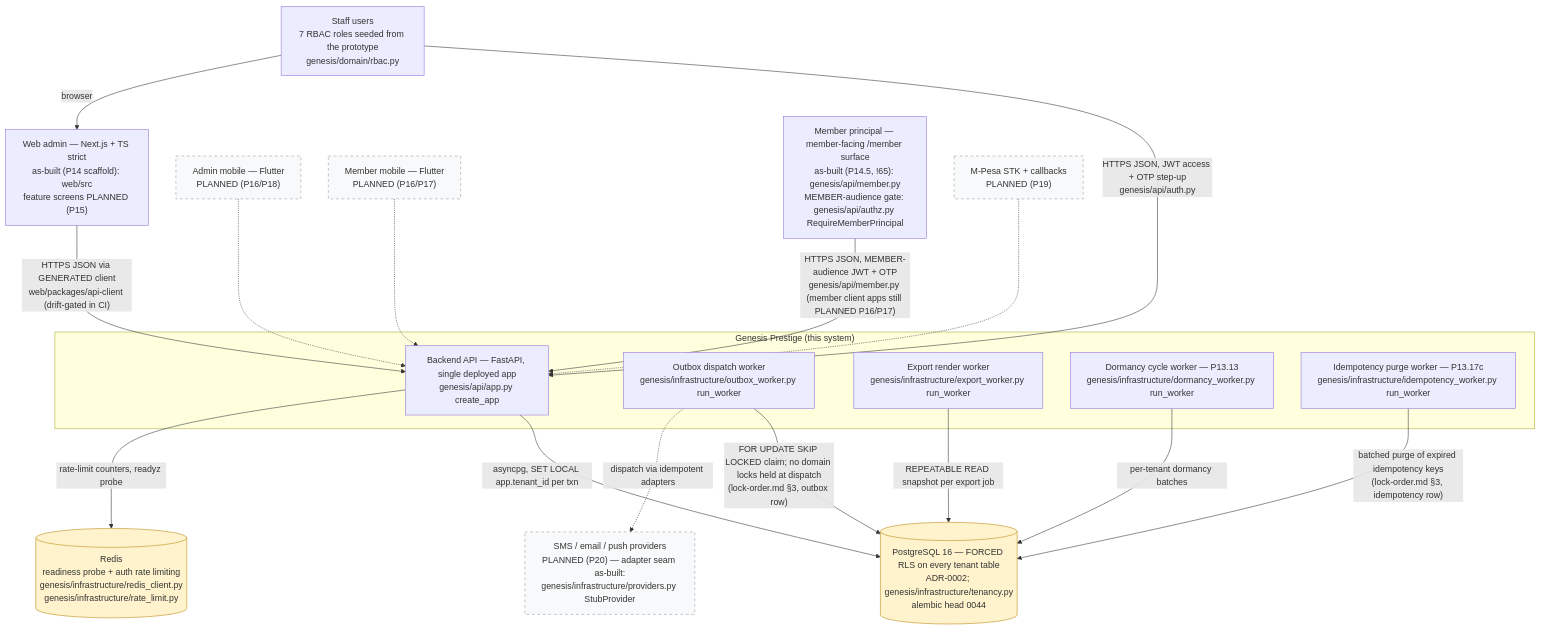
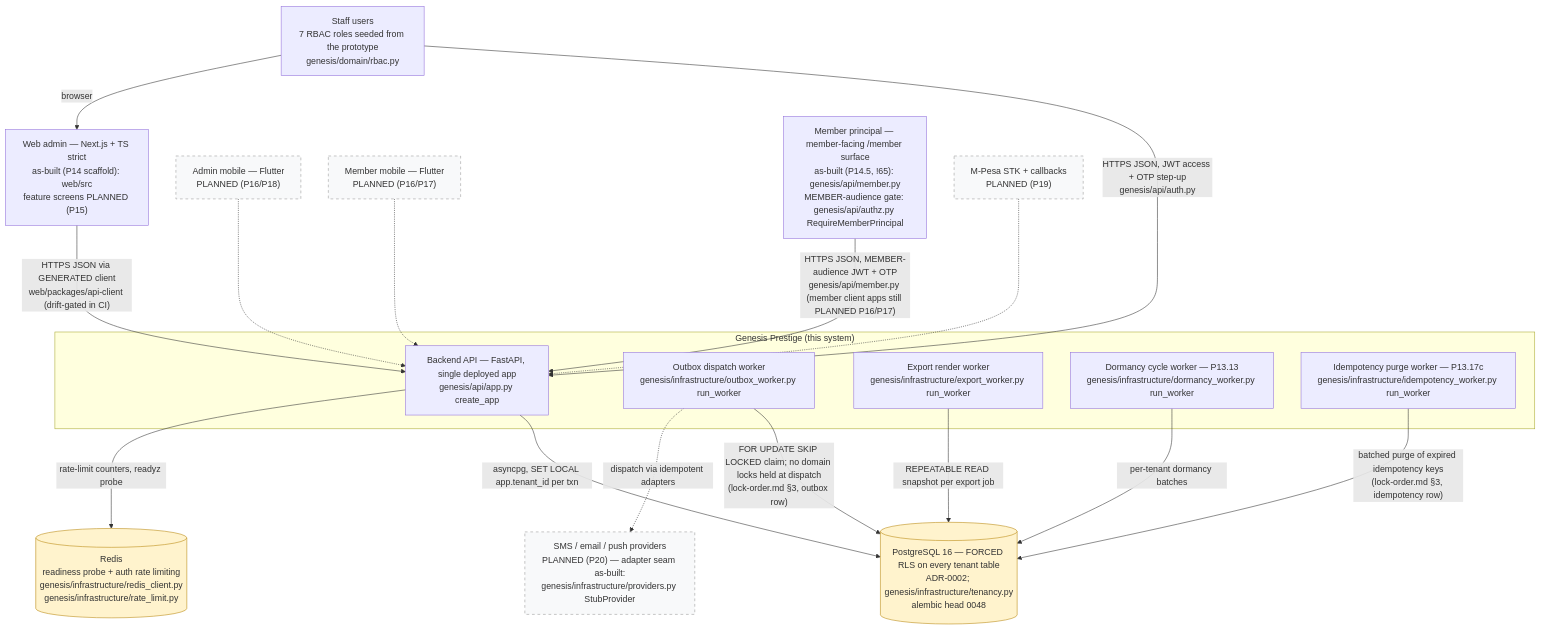
The diagram in docs/diagrams/c4-context.md (Benson-Kim/genesis-sacco-core), drawn with Mermaid before and after one commit. The commit also changed other lines of this file and 4 other files, not shown here.

First line of the commit message:
test: human-ref falsifiable legs + rule-11 diagram refresh for 0048

````diff
--- a/docs/diagrams/c4-context.md
+++ b/docs/diagrams/c4-context.md
@@ -75,46 +78,46 @@
 ```mermaid
 flowchart TB
     %% Authored against main @ 08541b860f1445b16c342c39b6606d86b9dbeb17
     %% L1 context — as-built boxes cite genesis modules; dashed = PLANNED (Pn).
 
     STAFF["Staff users<br/>7 RBAC roles seeded from the prototype<br/>genesis/domain/rbac.py"]
 
     subgraph SYS["Genesis Prestige (this system)"]
         API["Backend API — FastAPI, single deployed app<br/>genesis/api/app.py create_app"]
         OBW["Outbox dispatch worker<br/>genesis/infrastructure/outbox_worker.py run_worker"]
         EXW["Export render worker<br/>genesis/infrastructure/export_worker.py run_worker"]
         DMW["Dormancy cycle worker — P13.13<br/>genesis/infrastructure/dormancy_worker.py run_worker"]
         IDW["Idempotency purge worker — P13.17c<br/>genesis/infrastructure/idempotency_worker.py run_worker"]
     end
 
-    PG[("PostgreSQL 16 — FORCED RLS on every tenant table<br/>ADR-0002; genesis/infrastructure/tenancy.py<br/>alembic head 0044")]
+    PG[("PostgreSQL 16 — FORCED RLS on every tenant table<br/>ADR-0002; genesis/infrastructure/tenancy.py<br/>alembic head 0048")]
     RD[("Redis<br/>readiness probe + auth rate limiting<br/>genesis/infrastructure/redis_client.py<br/>genesis/infrastructure/rate_limit.py")]
 
     WEB["Web admin — Next.js + TS strict<br/>as-built (P14 scaffold): web/src<br/>feature screens PLANNED (P15)"]
     ADM["Admin mobile — Flutter<br/>PLANNED (P16/P18)"]
     MEM["Member mobile — Flutter<br/>PLANNED (P16/P17)"]
     MPR["Member principal — member-facing /member surface<br/>as-built (P14.5, !65): genesis/api/member.py<br/>MEMBER-audience gate: genesis/api/authz.py RequireMemberPrincipal"]
     MPESA["M-Pesa STK + callbacks<br/>PLANNED (P19)"]
     PROV["SMS / email / push providers<br/>PLANNED (P20) — adapter seam as-built:<br/>genesis/infrastructure/providers.py StubProvider"]
 
     STAFF -->|"HTTPS JSON, JWT access + OTP step-up<br/>genesis/api/auth.py"| API
     API -->|"asyncpg, SET LOCAL app.tenant_id per txn"| PG
     API -->|"rate-limit counters, readyz probe"| RD
     OBW -->|"FOR UPDATE SKIP LOCKED claim; no domain locks held at dispatch<br/>(lock-order.md §3, outbox row)"| PG
     EXW -->|"REPEATABLE READ snapshot per export job"| PG
     DMW -->|"per-tenant dormancy batches"| PG
     IDW -->|"batched purge of expired idempotency keys<br/>(lock-order.md §3, idempotency row)"| PG
     OBW -.->|"dispatch via idempotent adapters"| PROV
 
     STAFF -->|"browser"| WEB
     WEB -->|"HTTPS JSON via GENERATED client<br/>web/packages/api-client (drift-gated in CI)"| API
     ADM -.-> API
     MEM -.-> API
     MPR -->|"HTTPS JSON, MEMBER-audience JWT + OTP<br/>genesis/api/member.py (member client apps still PLANNED P16/P17)"| API
     MPESA -.-> API
 
     classDef planned fill:#f8f9fa,stroke:#999,stroke-dasharray: 5 5;
     class ADM,MEM,MPESA,PROV planned;
     classDef store fill:#fff3cd,stroke:#b8860b;
     class PG,RD store;
 ```
````
